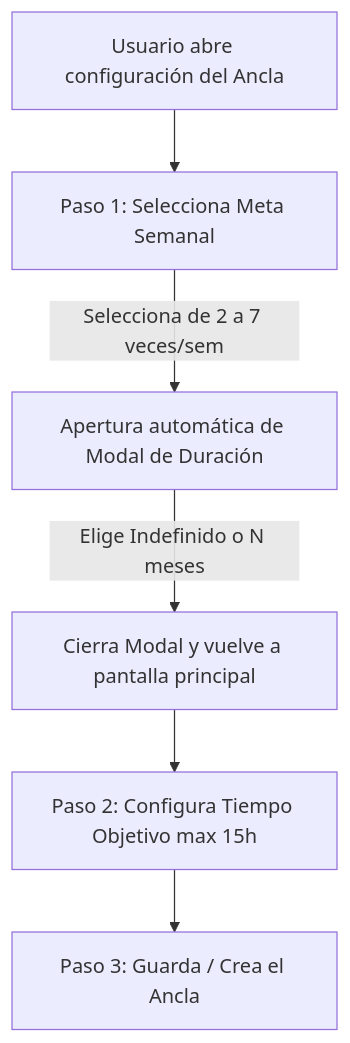
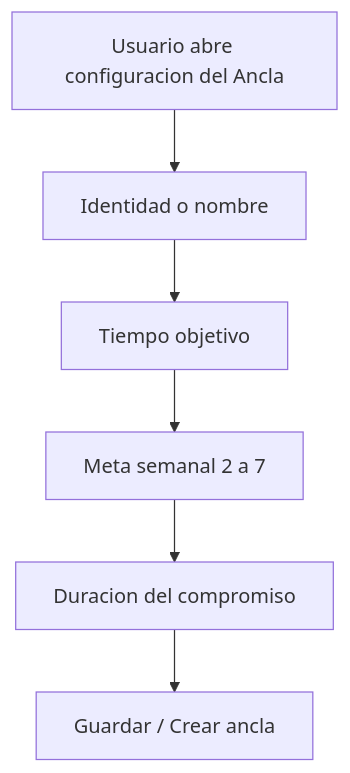
One commit to DanoMn/apk-personal changed the diagram in docs/propuesta-redisenio-anclas-2026-05-23.md. Above: the diagram before and after it, drawn with Mermaid. The commit also changed other lines of this file and 14 other files, not shown here.

````diff
--- a/docs/propuesta-redisenio-anclas-2026-05-23.md
+++ b/docs/propuesta-redisenio-anclas-2026-05-23.md
@@ -35,8 +41,8 @@
 ```mermaid
 graph TD
-    Start[Usuario abre configuración del Ancla] --> Step1[Paso 1: Selecciona Meta Semanal]
-    Step1 -->|Selecciona de 2 a 7 veces/sem| Step2[Apertura automática de Modal de Duración]
-    Step2 -->|Elige Indefinido o N meses| Step3[Cierra Modal y vuelve a pantalla principal]
-    Step3 --> Step4[Paso 2: Configura Tiempo Objetivo max 15h]
-    Step4 --> Step5[Paso 3: Guarda / Crea el Ancla]
+    Start[Usuario abre configuracion del Ancla] --> Step1[Identidad o nombre]
+    Step1 --> Step2[Tiempo objetivo]
+    Step2 --> Step3[Meta semanal 2 a 7]
+    Step3 --> Step4[Duracion del compromiso]
+    Step4 --> Step5[Guardar / Crear ancla]
 ```
````
